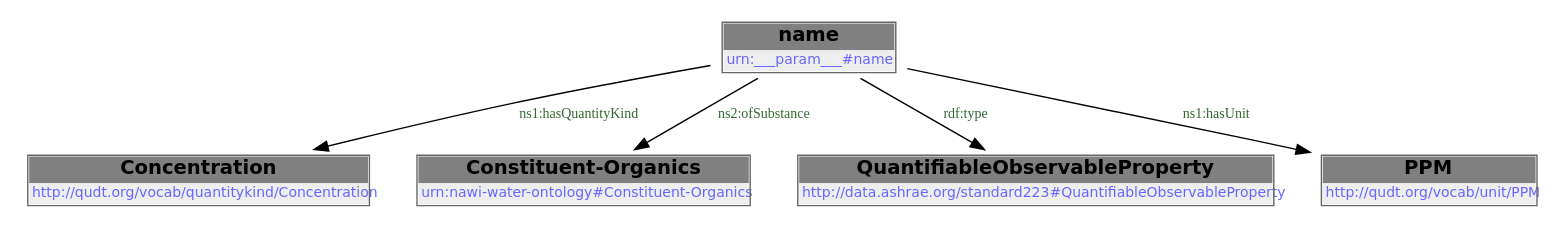
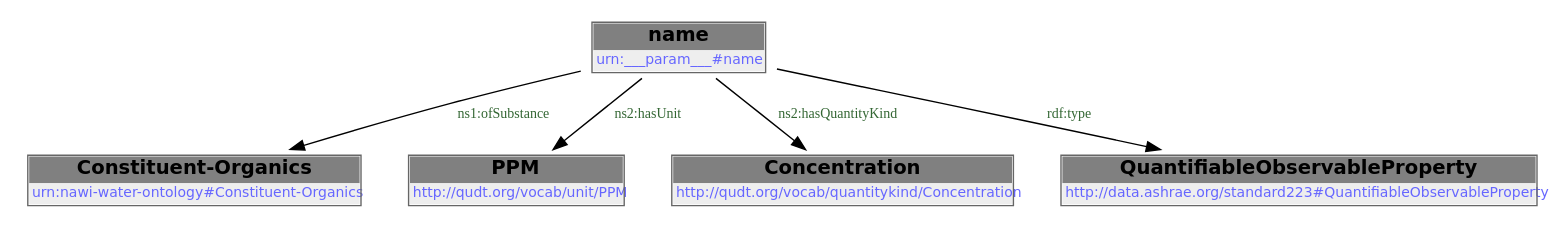
The second of 2 diagrams in docs/libraries/templates/toc-ppm.rst (DataDrivenCPS/water-ontology), drawn with Graphviz before and after one commit. The commit also changed other lines of this file and 33 other files, not shown here.

```diff
--- a/docs/libraries/templates/toc-ppm.rst
+++ b/docs/libraries/templates/toc-ppm.rst
@@ -81,14 +81,14 @@
         .. graphviz::
 
                 digraph G {
             node [fontname="DejaVu Sans"];
-            node0 -> node1 [color=BLACK, label=< <font point-size='10' color='#336633'>ns1:hasQuantityKind</font> >];
-            node0 -> node2 [color=BLACK, label=< <font point-size='10' color='#336633'>ns2:ofSubstance</font> >];
-            node0 -> node3 [color=BLACK, label=< <font point-size='10' color='#336633'>rdf:type</font> >];
-            node0 -> node4 [color=BLACK, label=< <font point-size='10' color='#336633'>ns1:hasUnit</font> >];
+            node0 -> node1 [color=BLACK, label=< <font point-size='10' color='#336633'>ns1:ofSubstance</font> >];
+            node0 -> node2 [color=BLACK, label=< <font point-size='10' color='#336633'>ns2:hasUnit</font> >];
+            node0 -> node3 [color=BLACK, label=< <font point-size='10' color='#336633'>ns2:hasQuantityKind</font> >];
+            node0 -> node4 [color=BLACK, label=< <font point-size='10' color='#336633'>rdf:type</font> >];
             node0 [shape=none, color=black, label=< <table color='#666666' cellborder='0' cellspacing='0' border='1'><tr><td colspan='2' bgcolor='grey'><B>name</B></td></tr><tr><td href='urn:___param___#name' bgcolor='#eeeeee' colspan='2'><font point-size='10' color='#6666ff'>urn:___param___#name</font></td></tr></table> >];
-            node1 [shape=none, color=black, label=< <table color='#666666' cellborder='0' cellspacing='0' border='1'><tr><td colspan='2' bgcolor='grey'><B>Concentration</B></td></tr><tr><td href='http://qudt.org/vocab/quantitykind/Concentration' bgcolor='#eeeeee' colspan='2'><font point-size='10' color='#6666ff'>http://qudt.org/vocab/quantitykind/Concentration</font></td></tr></table> >];
-            node2 [shape=none, color=black, label=< <table color='#666666' cellborder='0' cellspacing='0' border='1'><tr><td colspan='2' bgcolor='grey'><B>Constituent-Organics</B></td></tr><tr><td href='urn:nawi-water-ontology#Constituent-Organics' bgcolor='#eeeeee' colspan='2'><font point-size='10' color='#6666ff'>urn:nawi-water-ontology#Constituent-Organics</font></td></tr></table> >];
-            node3 [shape=none, color=black, label=< <table color='#666666' cellborder='0' cellspacing='0' border='1'><tr><td colspan='2' bgcolor='grey'><B>QuantifiableObservableProperty</B></td></tr><tr><td href='http://data.ashrae.org/standard223#QuantifiableObservableProperty' bgcolor='#eeeeee' colspan='2'><font point-size='10' color='#6666ff'>http://data.ashrae.org/standard223#QuantifiableObservableProperty</font></td></tr></table> >];
-            node4 [shape=none, color=black, label=< <table color='#666666' cellborder='0' cellspacing='0' border='1'><tr><td colspan='2' bgcolor='grey'><B>PPM</B></td></tr><tr><td href='http://qudt.org/vocab/unit/PPM' bgcolor='#eeeeee' colspan='2'><font point-size='10' color='#6666ff'>http://qudt.org/vocab/unit/PPM</font></td></tr></table> >];
+            node1 [shape=none, color=black, label=< <table color='#666666' cellborder='0' cellspacing='0' border='1'><tr><td colspan='2' bgcolor='grey'><B>Constituent-Organics</B></td></tr><tr><td href='urn:nawi-water-ontology#Constituent-Organics' bgcolor='#eeeeee' colspan='2'><font point-size='10' color='#6666ff'>urn:nawi-water-ontology#Constituent-Organics</font></td></tr></table> >];
+            node2 [shape=none, color=black, label=< <table color='#666666' cellborder='0' cellspacing='0' border='1'><tr><td colspan='2' bgcolor='grey'><B>PPM</B></td></tr><tr><td href='http://qudt.org/vocab/unit/PPM' bgcolor='#eeeeee' colspan='2'><font point-size='10' color='#6666ff'>http://qudt.org/vocab/unit/PPM</font></td></tr></table> >];
+            node3 [shape=none, color=black, label=< <table color='#666666' cellborder='0' cellspacing='0' border='1'><tr><td colspan='2' bgcolor='grey'><B>Concentration</B></td></tr><tr><td href='http://qudt.org/vocab/quantitykind/Concentration' bgcolor='#eeeeee' colspan='2'><font point-size='10' color='#6666ff'>http://qudt.org/vocab/quantitykind/Concentration</font></td></tr></table> >];
+            node4 [shape=none, color=black, label=< <table color='#666666' cellborder='0' cellspacing='0' border='1'><tr><td colspan='2' bgcolor='grey'><B>QuantifiableObservableProperty</B></td></tr><tr><td href='http://data.ashrae.org/standard223#QuantifiableObservableProperty' bgcolor='#eeeeee' colspan='2'><font point-size='10' color='#6666ff'>http://data.ashrae.org/standard223#QuantifiableObservableProperty</font></td></tr></table> >];
             }
```
